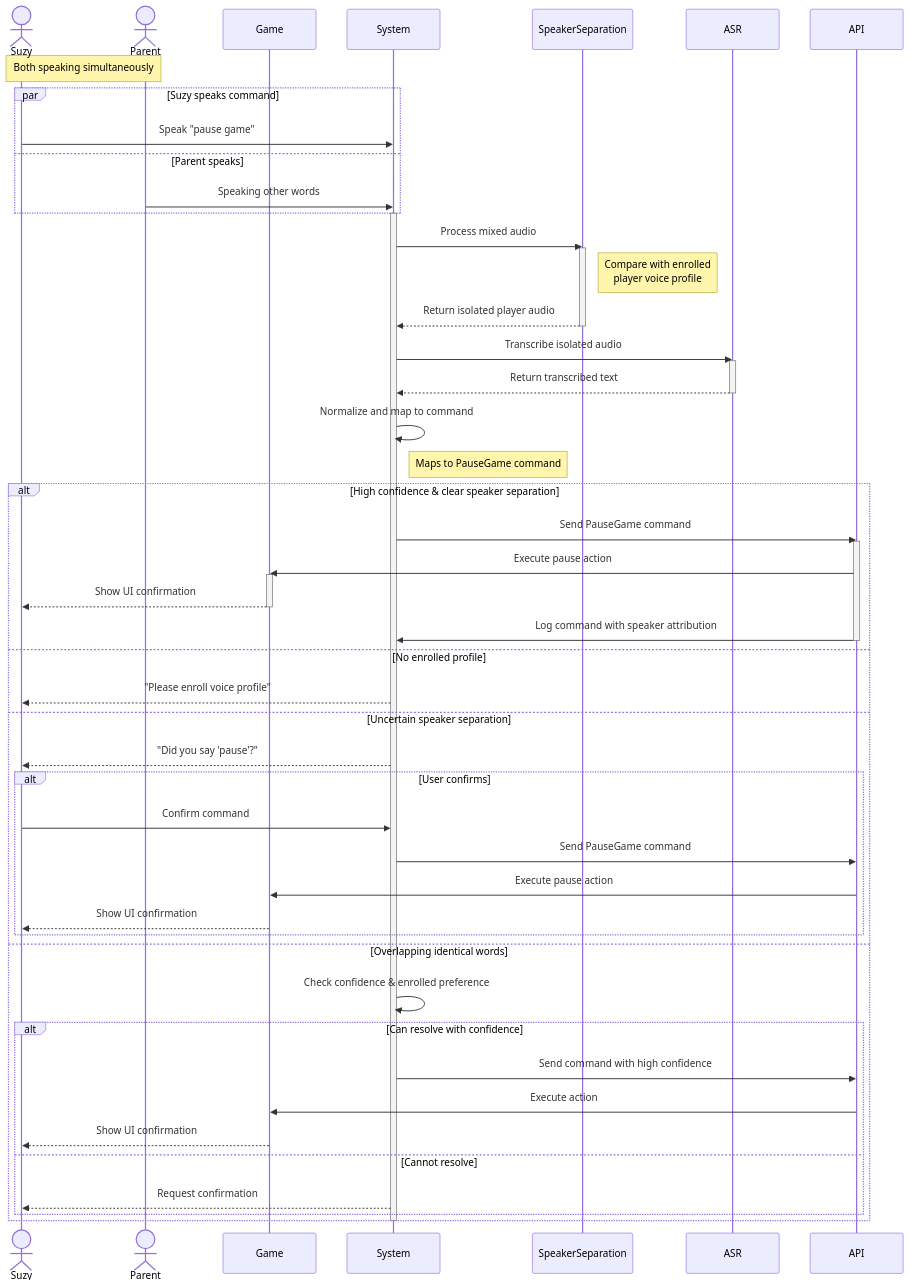
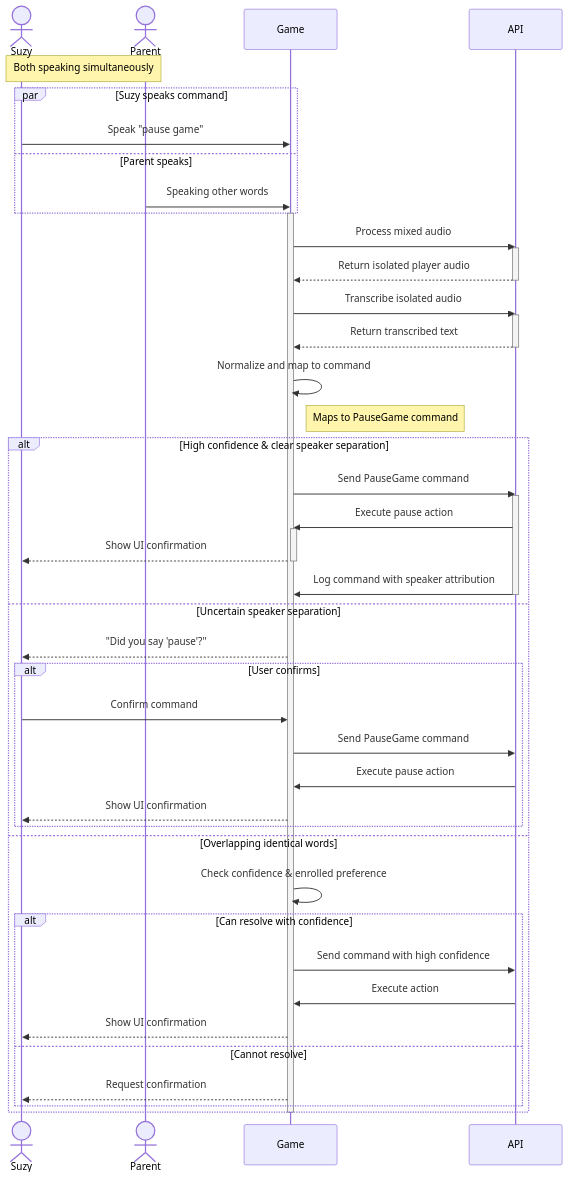
The third of 9 diagrams in documentation/docs/system-architecture/sequence-diagrams.md (Capstone-Projects-2025-Fall/project-001-aac-api), drawn with Mermaid before and after one commit. The commit also changed other lines of this file and 1 other file, not shown here.

Commit message:
Update Use Case 1 and redraw sequence diagrams

````diff
--- a/documentation/docs/system-architecture/sequence-diagrams.md
+++ b/documentation/docs/system-architecture/sequence-diagrams.md
@@ -176,63 +103,57 @@
 ```mermaid
 sequenceDiagram
     actor Suzy
     actor Parent
     participant Game
-    participant System
-    participant SpeakerSeparation
-    participant ASR
     participant API
     
     Note over Suzy,Parent: Both speaking simultaneously
     par Suzy speaks command
-        Suzy->>System: Speak "pause game"
+        Suzy->>Game: Speak "pause game"
     and Parent speaks
-        Parent->>System: Speaking other words
+        Parent->>Game: Speaking other words
     end
     
-    activate System
-    System->>SpeakerSeparation: Process mixed audio
-    activate SpeakerSeparation
-    Note right of SpeakerSeparation: Compare with enrolled<br/>player voice profile
-    SpeakerSeparation-->>System: Return isolated player audio
-    deactivate SpeakerSeparation
+    activate Game
+    Game->>API: Process mixed audio
+    activate API
+    API-->>Game: Return isolated player audio
+    deactivate API
     
-    System->>ASR: Transcribe isolated audio
-    activate ASR
-    ASR-->>System: Return transcribed text
-    deactivate ASR
+    Game->>API: Transcribe isolated audio
+    activate API
+    API-->>Game: Return transcribed text
+    deactivate API
     
-    System->>System: Normalize and map to command
-    Note right of System: Maps to PauseGame command
+    Game->>Game: Normalize and map to command
+    Note right of Game: Maps to PauseGame command
     
     alt High confidence & clear speaker separation
-        System->>API: Send PauseGame command
+        Game->>API: Send PauseGame command
         activate API
         API->>Game: Execute pause action
         activate Game
         Game-->>Suzy: Show UI confirmation
         deactivate Game
-        API->>System: Log command with speaker attribution
+        API->>Game: Log command with speaker attribution
         deactivate API
-    else No enrolled profile
-        System-->>Suzy: "Please enroll voice profile"
     else Uncertain speaker separation
-        System-->>Suzy: "Did you say 'pause'?"
+        Game-->>Suzy: "Did you say 'pause'?"
         alt User confirms
-            Suzy->>System: Confirm command
-            System->>API: Send PauseGame command
+            Suzy->>Game: Confirm command
+            Game->>API: Send PauseGame command
             API->>Game: Execute pause action
             Game-->>Suzy: Show UI confirmation
         end
     else Overlapping identical words
-        System->>System: Check confidence & enrolled preference
+        Game->>Game: Check confidence & enrolled preference
         alt Can resolve with confidence
-            System->>API: Send command with high confidence
+            Game->>API: Send command with high confidence
             API->>Game: Execute action
             Game-->>Suzy: Show UI confirmation
         else Cannot resolve
-            System-->>Suzy: Request confirmation
+            Game-->>Suzy: Request confirmation
         end
     end
-    deactivate System
+    deactivate Game
 ```
````
